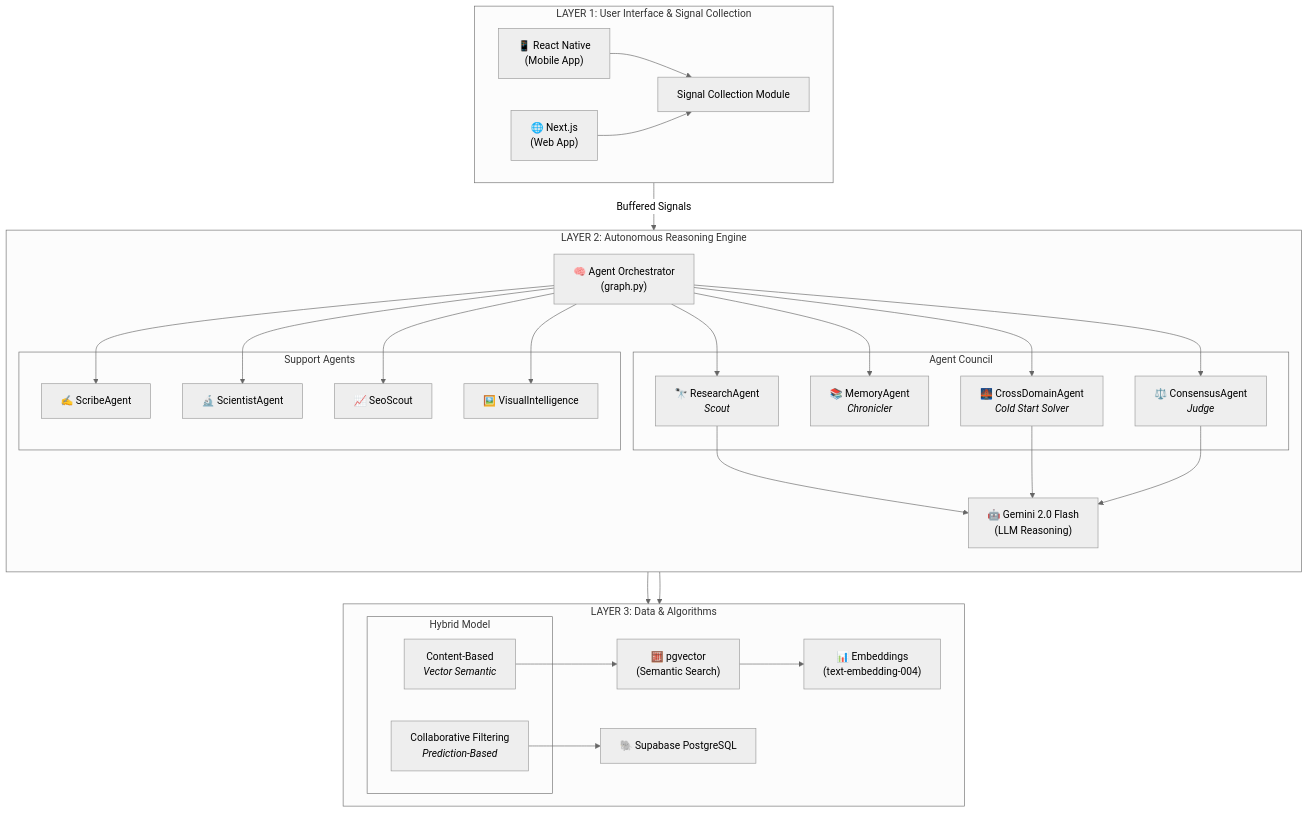
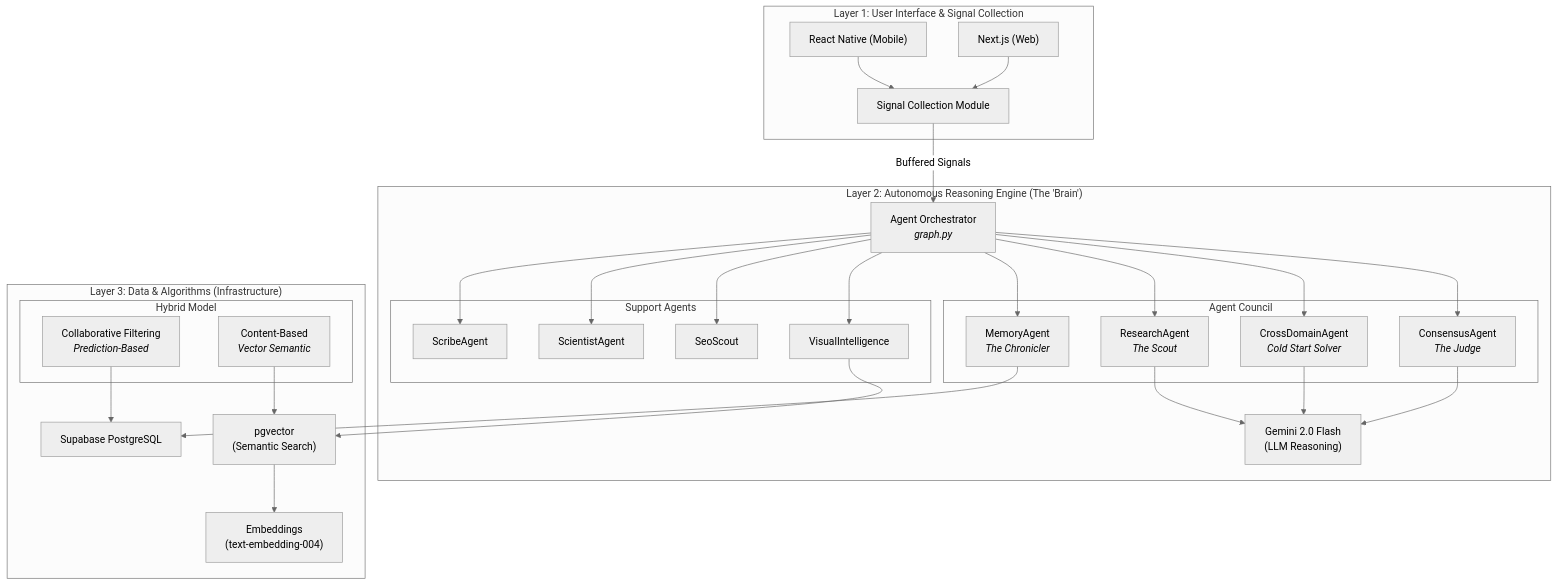
Before and after one commit to tripzydevops/tripzy-lifestyle-adventures-v2: the first of 3 diagrams in docs/THREE_LAYER_ARCHITECTURE.md, drawn with Mermaid (neutral theme). The commit also changed other lines of this file, not shown here.

Commit message:
docs: reformat 3-layer architecture to match agent architecture style

````diff
--- a/docs/THREE_LAYER_ARCHITECTURE.md
+++ b/docs/THREE_LAYER_ARCHITECTURE.md
@@ -9,66 +7,63 @@
 ```mermaid
 graph TB
-    subgraph "LAYER 1: User Interface & Signal Collection"
-        direction LR
-        MOBILE["📱 React Native<br/>(Mobile App)"]
-        WEB["🌐 Next.js<br/>(Web App)"]
+    subgraph "Layer 1: User Interface & Signal Collection"
+        MOBILE["React Native (Mobile)"]
+        WEB["Next.js (Web)"]
         SIGNAL["Signal Collection Module"]
 
         MOBILE --> SIGNAL
         WEB --> SIGNAL
     end
 
-    subgraph "LAYER 2: Autonomous Reasoning Engine"
-        direction TB
-        ORCH["🧠 Agent Orchestrator<br/>(graph.py)"]
+    subgraph "Layer 2: Autonomous Reasoning Engine (The 'Brain')"
+        ORCH["Agent Orchestrator<br/><i>graph.py</i>"]
 
         subgraph "Agent Council"
-            SCOUT["🔭 ResearchAgent<br/><i>Scout</i>"]
-            MEMORY["📚 MemoryAgent<br/><i>Chronicler</i>"]
-            CROSS["🌉 CrossDomainAgent<br/><i>Cold Start Solver</i>"]
-            JUDGE["⚖️ ConsensusAgent<br/><i>Judge</i>"]
+            SCOUT["ResearchAgent<br/><i>The Scout</i>"]
+            MEMORY["MemoryAgent<br/><i>The Chronicler</i>"]
+            CROSS["CrossDomainAgent<br/><i>Cold Start Solver</i>"]
+            JUDGE["ConsensusAgent<br/><i>The Judge</i>"]
         end
 
         subgraph "Support Agents"
-            SCRIBE["✍️ ScribeAgent"]
-            SCIENTIST["🔬 ScientistAgent"]
-            SEO["📈 SeoScout"]
-            VISUAL["🖼️ VisualIntelligence"]
+            SCRIBE["ScribeAgent"]
+            SCIENTIST["ScientistAgent"]
+            SEO["SeoScout"]
+            VISUAL["VisualIntelligence"]
         end
 
-        LLM["🤖 Gemini 2.0 Flash<br/>(LLM Reasoning)"]
+        LLM["Gemini 2.0 Flash<br/>(LLM Reasoning)"]
     end
 
-    subgraph "LAYER 3: Data & Algorithms"
-        direction LR
-        SUPA["🐘 Supabase PostgreSQL"]
-        VECTOR["🧮 pgvector<br/>(Semantic Search)"]
-        EMBED["📊 Embeddings<br/>(text-embedding-004)"]
+    subgraph "Layer 3: Data & Algorithms (Infrastructure)"
+        SUPA["Supabase PostgreSQL"]
+        VECTOR["pgvector<br/>(Semantic Search)"]
+        EMBED["Embeddings<br/>(text-embedding-004)"]
 
         subgraph "Hybrid Model"
             COLLAB["Collaborative Filtering<br/><i>Prediction-Based</i>"]
             CONTENT["Content-Based<br/><i>Vector Semantic</i>"]
         end
     end
 
     SIGNAL -- "Buffered Signals" --> ORCH
     ORCH --> SCOUT
     ORCH --> MEMORY
     ORCH --> CROSS
     ORCH --> JUDGE
     ORCH --> SCRIBE
     ORCH --> SCIENTIST
     ORCH --> SEO
     ORCH --> VISUAL
 
     SCOUT --> LLM
     CROSS --> LLM
     JUDGE --> LLM
 
     MEMORY --> SUPA
     VISUAL --> VECTOR
     VECTOR --> EMBED
 
     COLLAB --> SUPA
     CONTENT --> VECTOR
 ```
````
